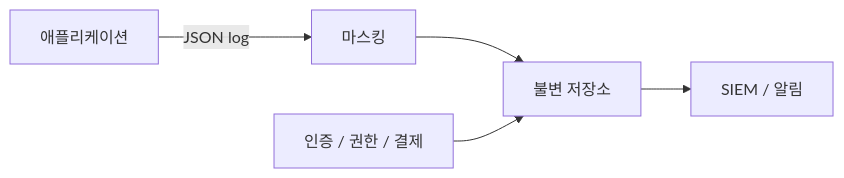
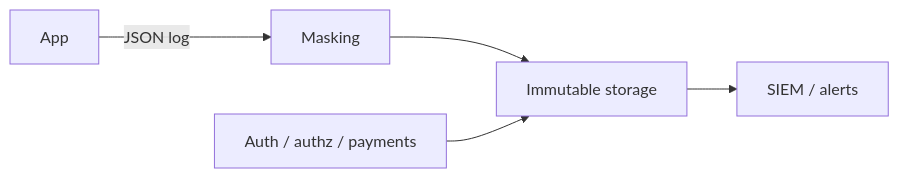
One commit to yeongseon-books/book-content changed the diagram in content/secure-coding-101/ko/10-safe-logging-and-audit.md. Above: the diagram before and after it, drawn with Mermaid. The commit also changed other lines of this file and 9 other files, not shown here.

````diff
--- a/content/secure-coding-101/ko/10-safe-logging-and-audit.md
+++ b/content/secure-coding-101/ko/10-safe-logging-and-audit.md
@@ -35,7 +49,7 @@
 ```mermaid
 flowchart LR
-    App["애플리케이션"] -->|JSON log| Mask["마스킹"]
-    Mask --> Storage["불변 저장소"]
-    Storage --> SIEM["SIEM / 알림"]
-    Audit["인증 / 권한 / 결제"] --> Storage
+    App["App"] -->|JSON log| Mask["Masking"]
+    Mask --> Storage["Immutable storage"]
+    Storage --> SIEM["SIEM / alerts"]
+    Audit["Auth / authz / payments"] --> Storage
 ```
````
